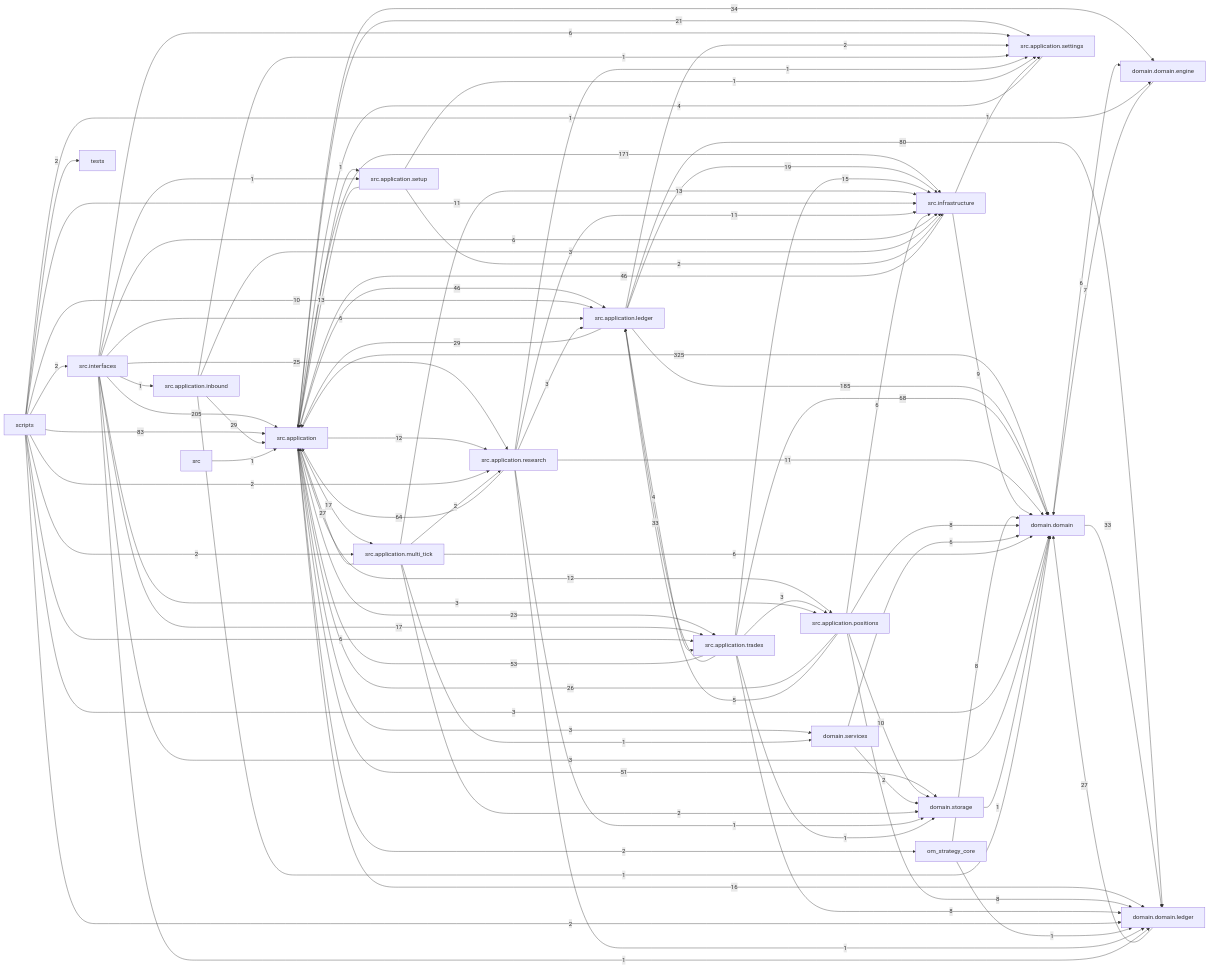
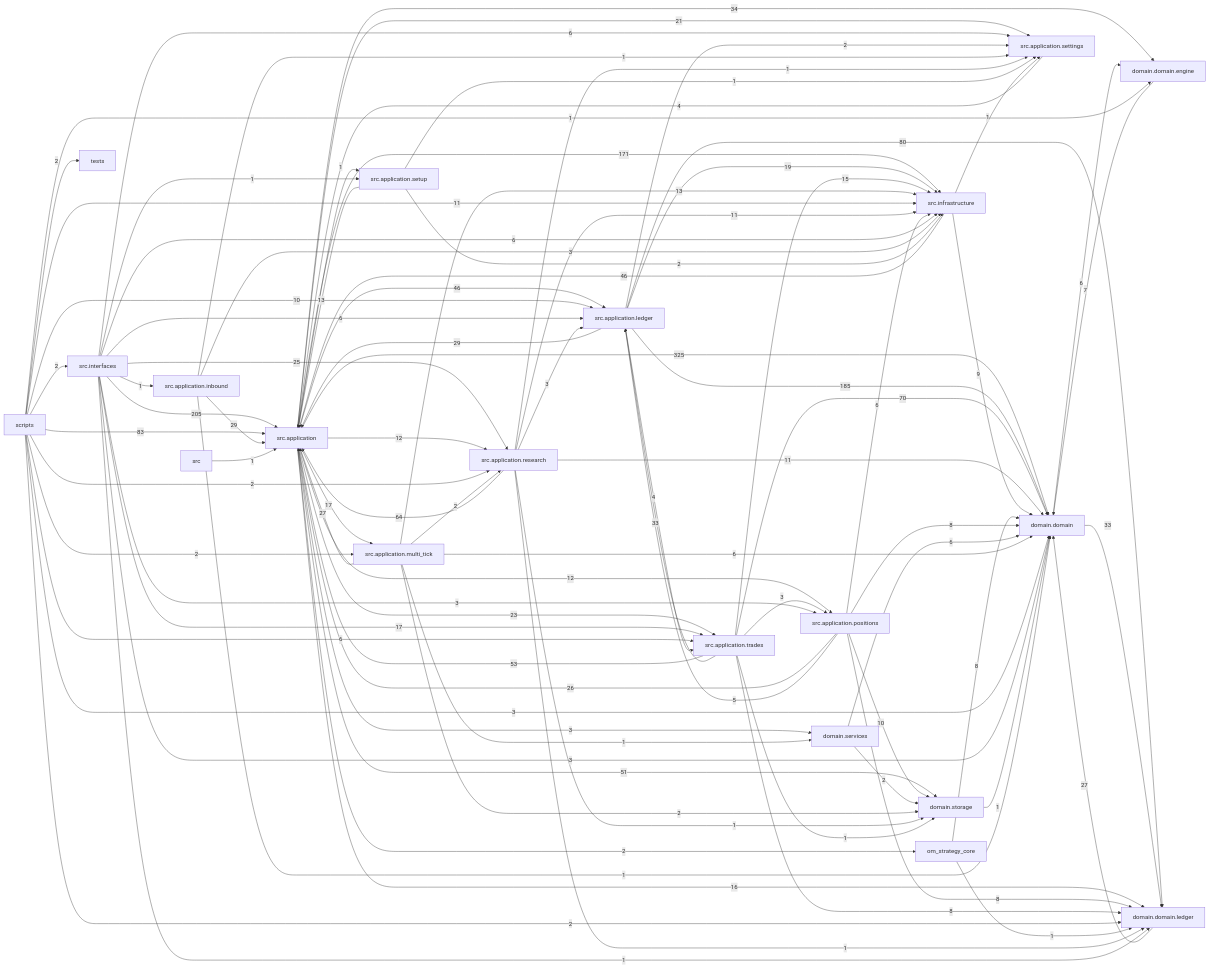
Before and after one commit to liuxie066/options-monitor: the diagram in docs/dependency_graph.mmd, drawn with Mermaid. The commit also changed 14 other files, not shown here.

```diff
--- a/docs/dependency_graph.mmd
+++ b/docs/dependency_graph.mmd
@@ -1,90 +1,90 @@
 flowchart LR
   src_application["src.application"] -->|325| domain_domain["domain.domain"]
   src_interfaces["src.interfaces"] -->|205| src_application["src.application"]
   src_application_ledger["src.application.ledger"] -->|185| domain_domain["domain.domain"]
   src_application["src.application"] -->|171| src_infrastructure["src.infrastructure"]
   scripts["scripts"] -->|83| src_application["src.application"]
   src_application_ledger["src.application.ledger"] -->|80| domain_domain_ledger["domain.domain.ledger"]
-  src_application_trades["src.application.trades"] -->|68| domain_domain["domain.domain"]
+  src_application_trades["src.application.trades"] -->|70| domain_domain["domain.domain"]
   src_application_research["src.application.research"] -->|64| src_application["src.application"]
   src_application_trades["src.application.trades"] -->|53| src_application["src.application"]
   src_application["src.application"] -->|51| domain_storage["domain.storage"]
   src_application["src.application"] -->|46| src_application_ledger["src.application.ledger"]
   src_infrastructure["src.infrastructure"] -->|46| src_application["src.application"]
   src_application["src.application"] -->|34| domain_domain_engine["domain.domain.engine"]
   domain_domain["domain.domain"] -->|33| domain_domain_ledger["domain.domain.ledger"]
   src_application_trades["src.application.trades"] -->|33| src_application_ledger["src.application.ledger"]
   src_application_inbound["src.application.inbound"] -->|29| src_application["src.application"]
   src_application_ledger["src.application.ledger"] -->|29| src_application["src.application"]
   domain_domain_ledger["domain.domain.ledger"] -->|27| domain_domain["domain.domain"]
   src_application_multi_tick["src.application.multi_tick"] -->|27| src_application["src.application"]
   src_application_positions["src.application.positions"] -->|26| src_application["src.application"]
   src_interfaces["src.interfaces"] -->|25| src_application_research["src.application.research"]
   src_application["src.application"] -->|23| src_application_trades["src.application.trades"]
   src_application["src.application"] -->|21| src_application_settings["src.application.settings"]
   src_application_ledger["src.application.ledger"] -->|19| src_infrastructure["src.infrastructure"]
   src_application["src.application"] -->|17| src_application_multi_tick["src.application.multi_tick"]
   src_interfaces["src.interfaces"] -->|17| src_application_trades["src.application.trades"]
   src_application["src.application"] -->|16| domain_domain_ledger["domain.domain.ledger"]
   src_application_trades["src.application.trades"] -->|15| src_infrastructure["src.infrastructure"]
   src_application_multi_tick["src.application.multi_tick"] -->|13| src_infrastructure["src.infrastructure"]
   src_application_setup["src.application.setup"] -->|13| src_application["src.application"]
   src_application["src.application"] -->|12| src_application_positions["src.application.positions"]
   src_application["src.application"] -->|12| src_application_research["src.application.research"]
   scripts["scripts"] -->|11| src_infrastructure["src.infrastructure"]
   src_application_research["src.application.research"] -->|11| domain_domain["domain.domain"]
   src_application_research["src.application.research"] -->|11| src_infrastructure["src.infrastructure"]
   scripts["scripts"] -->|10| src_application_ledger["src.application.ledger"]
   src_application_positions["src.application.positions"] -->|10| domain_storage["domain.storage"]
   src_infrastructure["src.infrastructure"] -->|9| domain_domain["domain.domain"]
   om_strategy_core["om_strategy_core"] -->|8| domain_domain["domain.domain"]
   src_application_positions["src.application.positions"] -->|8| domain_domain["domain.domain"]
   src_application_positions["src.application.positions"] -->|8| domain_domain_ledger["domain.domain.ledger"]
   src_application_trades["src.application.trades"] -->|8| domain_domain_ledger["domain.domain.ledger"]
   domain_domain_engine["domain.domain.engine"] -->|7| domain_domain["domain.domain"]
   domain_domain["domain.domain"] -->|6| domain_domain_engine["domain.domain.engine"]
   domain_services["domain.services"] -->|6| domain_domain["domain.domain"]
   scripts["scripts"] -->|6| src_application_trades["src.application.trades"]
   src_application_multi_tick["src.application.multi_tick"] -->|6| domain_domain["domain.domain"]
   src_application_positions["src.application.positions"] -->|6| src_infrastructure["src.infrastructure"]
   src_interfaces["src.interfaces"] -->|6| src_application_ledger["src.application.ledger"]
   src_interfaces["src.interfaces"] -->|6| src_application_settings["src.application.settings"]
   src_interfaces["src.interfaces"] -->|6| src_infrastructure["src.infrastructure"]
   src_application_positions["src.application.positions"] -->|5| src_application_ledger["src.application.ledger"]
   src_application_ledger["src.application.ledger"] -->|4| src_application_trades["src.application.trades"]
   src_application_settings["src.application.settings"] -->|4| src_application["src.application"]
   scripts["scripts"] -->|3| domain_domain["domain.domain"]
   src_application["src.application"] -->|3| domain_services["domain.services"]
   src_application_inbound["src.application.inbound"] -->|3| src_infrastructure["src.infrastructure"]
   src_application_research["src.application.research"] -->|3| src_application_ledger["src.application.ledger"]
   src_application_trades["src.application.trades"] -->|3| src_application_positions["src.application.positions"]
   src_interfaces["src.interfaces"] -->|3| domain_domain["domain.domain"]
   src_interfaces["src.interfaces"] -->|3| src_application_positions["src.application.positions"]
   domain_services["domain.services"] -->|2| domain_storage["domain.storage"]
   scripts["scripts"] -->|2| domain_domain_ledger["domain.domain.ledger"]
   scripts["scripts"] -->|2| src_application_multi_tick["src.application.multi_tick"]
   scripts["scripts"] -->|2| src_application_research["src.application.research"]
   scripts["scripts"] -->|2| src_interfaces["src.interfaces"]
   scripts["scripts"] -->|2| tests["tests"]
   src_application["src.application"] -->|2| om_strategy_core["om_strategy_core"]
   src_application_ledger["src.application.ledger"] -->|2| src_application_settings["src.application.settings"]
   src_application_multi_tick["src.application.multi_tick"] -->|2| domain_storage["domain.storage"]
   src_application_multi_tick["src.application.multi_tick"] -->|2| src_application_research["src.application.research"]
   src_application_setup["src.application.setup"] -->|2| src_infrastructure["src.infrastructure"]
   domain_storage["domain.storage"] -->|1| domain_domain["domain.domain"]
   om_strategy_core["om_strategy_core"] -->|1| domain_domain_ledger["domain.domain.ledger"]
   scripts["scripts"] -->|1| domain_domain_engine["domain.domain.engine"]
   src["src"] -->|1| src_application["src.application"]
   src_application["src.application"] -->|1| src_application_setup["src.application.setup"]
   src_application_inbound["src.application.inbound"] -->|1| domain_domain["domain.domain"]
   src_application_inbound["src.application.inbound"] -->|1| src_application_settings["src.application.settings"]
   src_application_multi_tick["src.application.multi_tick"] -->|1| domain_services["domain.services"]
   src_application_research["src.application.research"] -->|1| domain_domain_ledger["domain.domain.ledger"]
   src_application_research["src.application.research"] -->|1| domain_storage["domain.storage"]
   src_application_research["src.application.research"] -->|1| src_application_settings["src.application.settings"]
   src_application_setup["src.application.setup"] -->|1| src_application_settings["src.application.settings"]
   src_application_trades["src.application.trades"] -->|1| domain_storage["domain.storage"]
   src_infrastructure["src.infrastructure"] -->|1| src_application_settings["src.application.settings"]
   src_interfaces["src.interfaces"] -->|1| domain_domain_ledger["domain.domain.ledger"]
   src_interfaces["src.interfaces"] -->|1| src_application_inbound["src.application.inbound"]
   src_interfaces["src.interfaces"] -->|1| src_application_setup["src.application.setup"]
```
